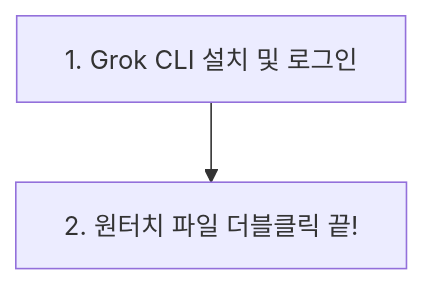
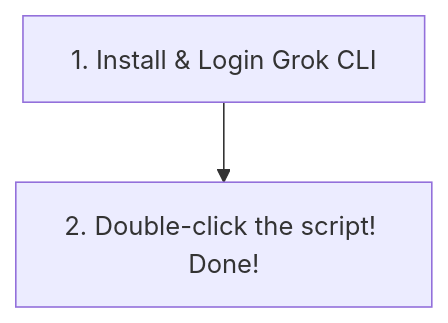
One commit to geirdev/GeirdevVideoGen changed the diagram in README.md. Above: the diagram before and after it, drawn with Mermaid. The commit also changed other lines of this file and 7 other files, not shown here.

````diff
--- a/README.md
+++ b/README.md
@@ -12,4 +12,4 @@
 ```mermaid
 flowchart TD
-    Step1[1. Grok CLI 설치 및 로그인] --> Step2[2. 원터치 파일 더블클릭 끝!]
+    Step1[1. Install & Login Grok CLI] --> Step2[2. Double-click the script! Done!]
 ```
````
